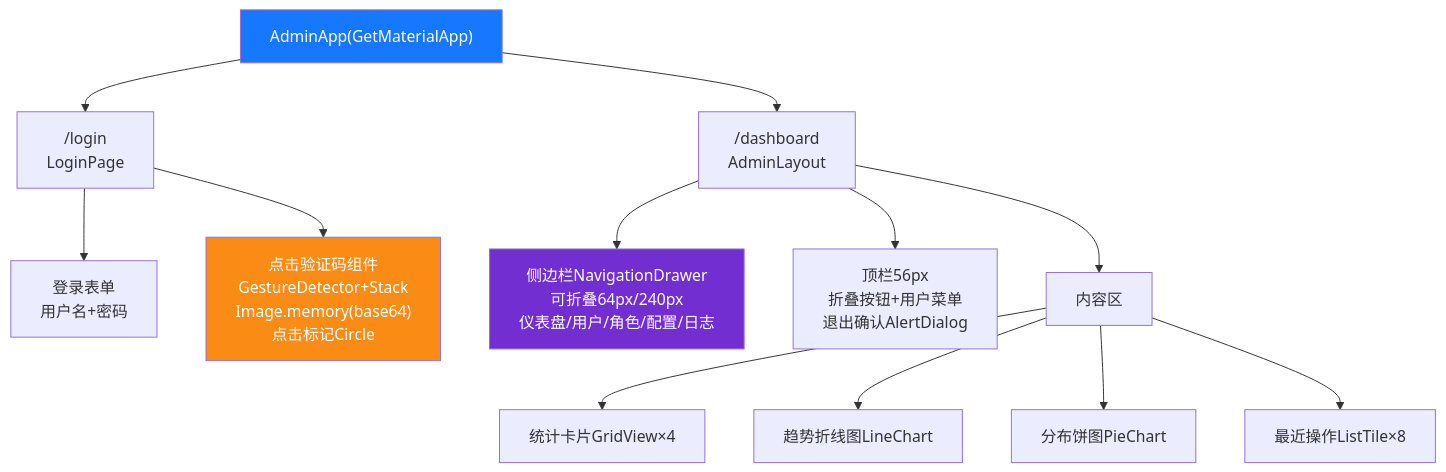
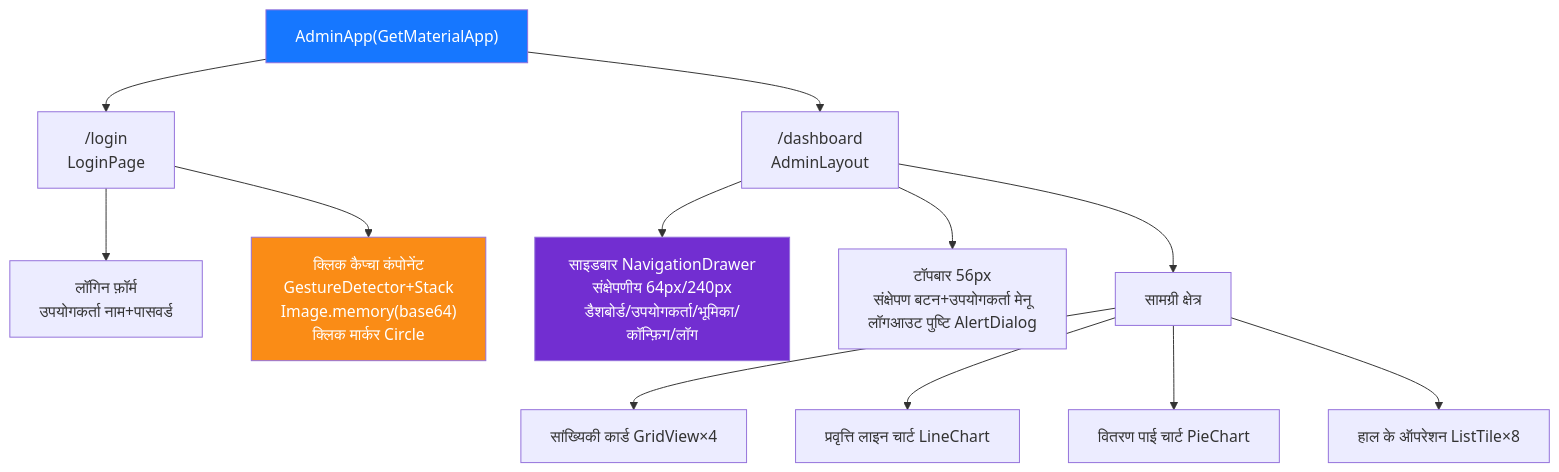
Before and after one commit to erikwang2013/game-platform-php: the first of 2 diagrams in admin/docs/diagrams/10-frontend-components.hi.md, drawn with Mermaid. The commit also changed other lines of this file and 211 other files, not shown here.

First line of the commit message:
fix: 支付配置读回类型根治、提现事件对账巡检，12 语族 mermaid 与 API 标签本地化

````diff
--- a/admin/docs/diagrams/10-frontend-components.hi.md
+++ b/admin/docs/diagrams/10-frontend-components.hi.md
@@ -9,23 +9,23 @@
 ```mermaid
 flowchart TD
     app["AdminApp(GetMaterialApp)"]
 
     app --> login["/login<br/>LoginPage"]
     app --> dashboard["/dashboard<br/>AdminLayout"]
 
-    login --> form["登录表单<br/>用户名+密码"]
-    login --> captcha["点击验证码组件<br/>GestureDetector+Stack<br/>Image.memory(base64)<br/>点击标记Circle"]
+    login --> form["लॉगिन फ़ॉर्म<br/>उपयोगकर्ता नाम+पासवर्ड"]
+    login --> captcha["क्लिक कैप्चा कंपोनेंट<br/>GestureDetector+Stack<br/>Image.memory(base64)<br/>क्लिक मार्कर Circle"]
 
-    dashboard --> sidebar["侧边栏NavigationDrawer<br/>可折叠64px/240px<br/>仪表盘/用户/角色/配置/日志"]
-    dashboard --> header["顶栏56px<br/>折叠按钮+用户菜单<br/>退出确认AlertDialog"]
-    dashboard --> content["内容区"]
+    dashboard --> sidebar["साइडबार NavigationDrawer<br/>संक्षेपणीय 64px/240px<br/>डैशबोर्ड/उपयोगकर्ता/भूमिका/कॉन्फ़िग/लॉग"]
+    dashboard --> header["टॉपबार 56px<br/>संक्षेपण बटन+उपयोगकर्ता मेनू<br/>लॉगआउट पुष्टि AlertDialog"]
+    dashboard --> content["सामग्री क्षेत्र"]
 
-    content --> stats["统计卡片GridView×4"]
-    content --> chart["趋势折线图LineChart"]
-    content --> pie["分布饼图PieChart"]
-    content --> logs["最近操作ListTile×8"]
+    content --> stats["सांख्यिकी कार्ड GridView×4"]
+    content --> chart["प्रवृत्ति लाइन चार्ट LineChart"]
+    content --> pie["वितरण पाई चार्ट PieChart"]
+    content --> logs["हाल के ऑपरेशन ListTile×8"]
 
     style app fill:#1677FF,color:#fff
     style captcha fill:#FA8C16,color:#fff
     style sidebar fill:#722ED1,color:#fff
 ```
````
